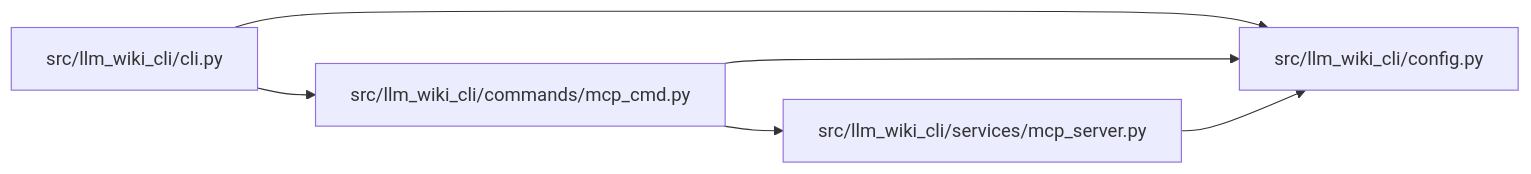
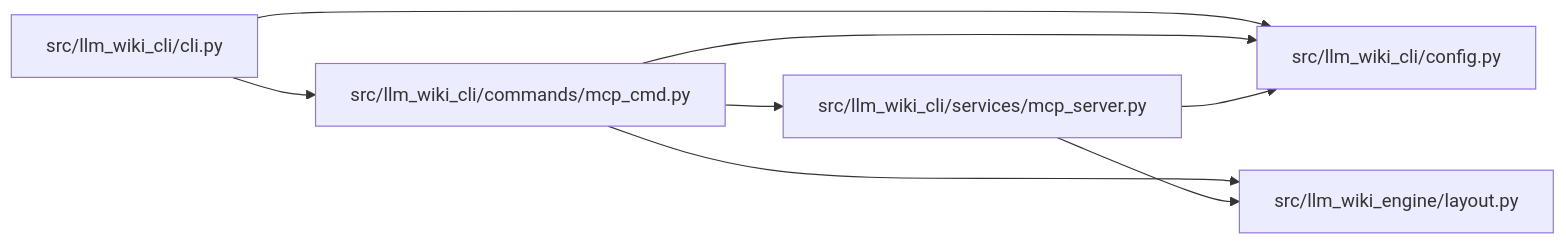
The diagram in docs/llm_wiki/modules/mcp_cmd.md (Denissvgn/python-wiki-llm), drawn with Mermaid before and after one commit. The commit also changed other lines of this file and 869 other files, not shown here.

Commit message:
docs: refresh the wiki for the engine layout and producer opt-in

````diff
--- a/docs/llm_wiki/modules/mcp_cmd.md
+++ b/docs/llm_wiki/modules/mcp_cmd.md
@@ -26,16 +27,20 @@
 ```mermaid
 flowchart LR
     n0["src/llm_wiki_cli/cli.py"]
     n1["src/llm_wiki_cli/commands/mcp_cmd.py"]
     n2["src/llm_wiki_cli/config.py"]
     n3["src/llm_wiki_cli/services/mcp_server.py"]
+    n4["src/llm_wiki_engine/layout.py"]
     n0 --> n1
     n0 --> n2
     n1 --> n2
     n1 --> n3
+    n1 --> n4
     n3 --> n2
+    n3 --> n4
     click n0 "../modules/cli.md"
     click n1 "../modules/mcp_cmd.md"
     click n2 "../modules/config.md"
     click n3 "../modules/mcp_server.md"
+    click n4 "../modules/layout.md"
 ```
````
